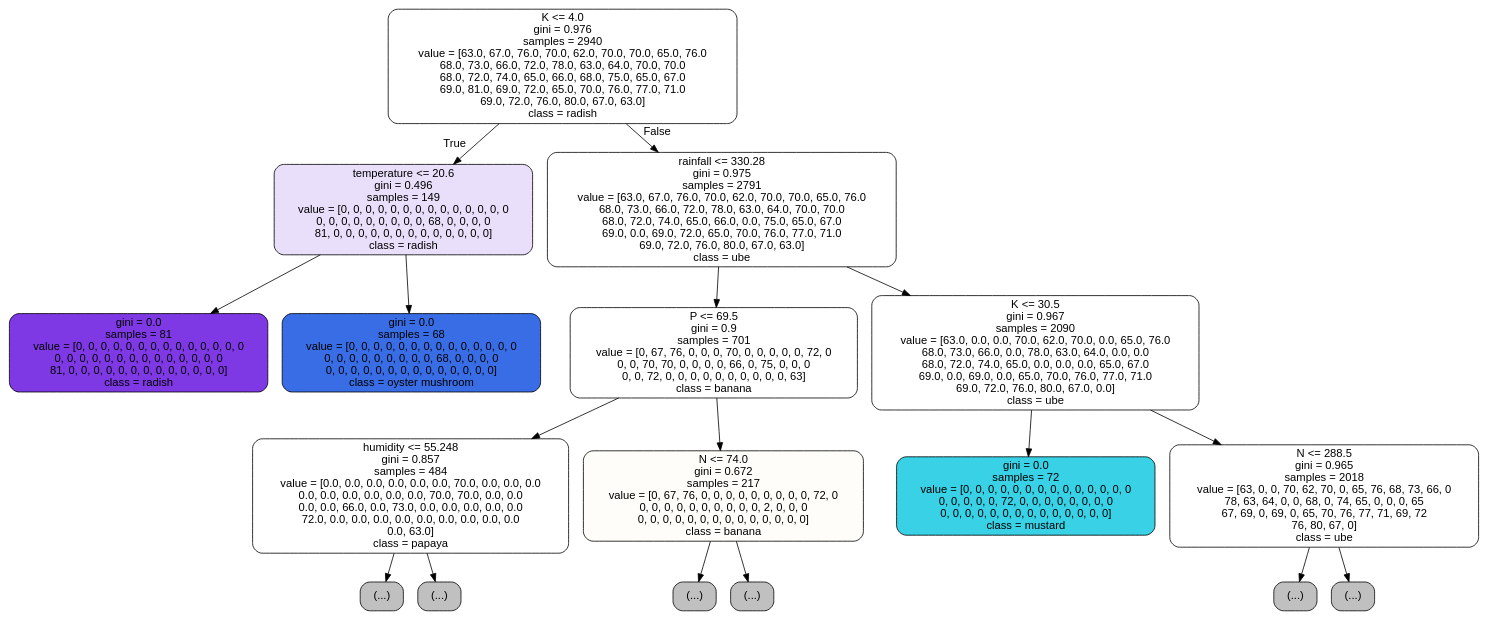
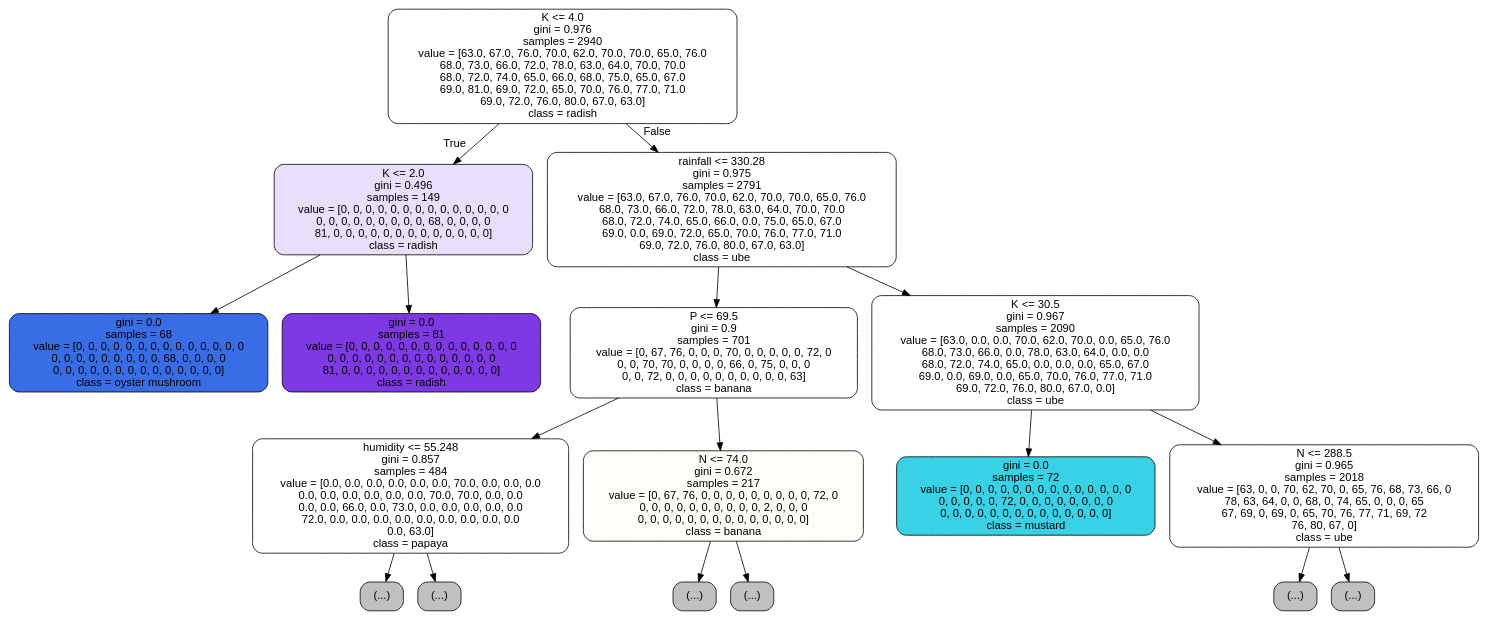
One commit to CyrusUmali/AiCROP changed the diagram in precomputation/decision_tree.dot. Above: the diagram before and after it, drawn with Graphviz. The commit also changed 3 other files, not shown here.

```diff
--- a/precomputation/decision_tree.dot
+++ b/precomputation/decision_tree.dot
@@ -1,37 +1,37 @@
 digraph Tree {
 node [shape=box, style="filled, rounded", color="black", fontname="helvetica"] ;
 edge [fontname="helvetica"] ;
 0 [label="K <= 4.0\ngini = 0.976\nsamples = 2940\nvalue = [63.0, 67.0, 76.0, 70.0, 62.0, 70.0, 70.0, 65.0, 76.0\n68.0, 73.0, 66.0, 72.0, 78.0, 63.0, 64.0, 70.0, 70.0\n68.0, 72.0, 74.0, 65.0, 66.0, 68.0, 75.0, 65.0, 67.0\n69.0, 81.0, 69.0, 72.0, 65.0, 70.0, 76.0, 77.0, 71.0\n69.0, 72.0, 76.0, 80.0, 67.0, 63.0]\nclass = radish", fillcolor="#ffffff"] ;
-1 [label="temperature <= 20.6\ngini = 0.496\nsamples = 149\nvalue = [0, 0, 0, 0, 0, 0, 0, 0, 0, 0, 0, 0, 0, 0\n0, 0, 0, 0, 0, 0, 0, 0, 0, 68, 0, 0, 0, 0\n81, 0, 0, 0, 0, 0, 0, 0, 0, 0, 0, 0, 0, 0]\nclass = radish", fillcolor="#eadffb"] ;
+1 [label="K <= 2.0\ngini = 0.496\nsamples = 149\nvalue = [0, 0, 0, 0, 0, 0, 0, 0, 0, 0, 0, 0, 0, 0\n0, 0, 0, 0, 0, 0, 0, 0, 0, 68, 0, 0, 0, 0\n81, 0, 0, 0, 0, 0, 0, 0, 0, 0, 0, 0, 0, 0]\nclass = radish", fillcolor="#eadffb"] ;
 0 -> 1 [labeldistance=2.5, labelangle=45, headlabel="True"] ;
-2 [label="gini = 0.0\nsamples = 81\nvalue = [0, 0, 0, 0, 0, 0, 0, 0, 0, 0, 0, 0, 0, 0\n0, 0, 0, 0, 0, 0, 0, 0, 0, 0, 0, 0, 0, 0\n81, 0, 0, 0, 0, 0, 0, 0, 0, 0, 0, 0, 0, 0]\nclass = radish", fillcolor="#7e39e5"] ;
+2 [label="gini = 0.0\nsamples = 68\nvalue = [0, 0, 0, 0, 0, 0, 0, 0, 0, 0, 0, 0, 0, 0\n0, 0, 0, 0, 0, 0, 0, 0, 0, 68, 0, 0, 0, 0\n0, 0, 0, 0, 0, 0, 0, 0, 0, 0, 0, 0, 0, 0]\nclass = oyster mushroom", fillcolor="#396de5"] ;
 1 -> 2 ;
-3 [label="gini = 0.0\nsamples = 68\nvalue = [0, 0, 0, 0, 0, 0, 0, 0, 0, 0, 0, 0, 0, 0\n0, 0, 0, 0, 0, 0, 0, 0, 0, 68, 0, 0, 0, 0\n0, 0, 0, 0, 0, 0, 0, 0, 0, 0, 0, 0, 0, 0]\nclass = oyster mushroom", fillcolor="#396de5"] ;
+3 [label="gini = 0.0\nsamples = 81\nvalue = [0, 0, 0, 0, 0, 0, 0, 0, 0, 0, 0, 0, 0, 0\n0, 0, 0, 0, 0, 0, 0, 0, 0, 0, 0, 0, 0, 0\n81, 0, 0, 0, 0, 0, 0, 0, 0, 0, 0, 0, 0, 0]\nclass = radish", fillcolor="#7e39e5"] ;
 1 -> 3 ;
 4 [label="rainfall <= 330.28\ngini = 0.975\nsamples = 2791\nvalue = [63.0, 67.0, 76.0, 70.0, 62.0, 70.0, 70.0, 65.0, 76.0\n68.0, 73.0, 66.0, 72.0, 78.0, 63.0, 64.0, 70.0, 70.0\n68.0, 72.0, 74.0, 65.0, 66.0, 0.0, 75.0, 65.0, 67.0\n69.0, 0.0, 69.0, 72.0, 65.0, 70.0, 76.0, 77.0, 71.0\n69.0, 72.0, 76.0, 80.0, 67.0, 63.0]\nclass = ube", fillcolor="#ffffff"] ;
 0 -> 4 [labeldistance=2.5, labelangle=-45, headlabel="False"] ;
 5 [label="P <= 69.5\ngini = 0.9\nsamples = 701\nvalue = [0, 67, 76, 0, 0, 0, 70, 0, 0, 0, 0, 0, 72, 0\n0, 0, 70, 70, 0, 0, 0, 0, 66, 0, 75, 0, 0, 0\n0, 0, 72, 0, 0, 0, 0, 0, 0, 0, 0, 0, 0, 63]\nclass = banana", fillcolor="#ffffff"] ;
 4 -> 5 ;
 6 [label="humidity <= 55.248\ngini = 0.857\nsamples = 484\nvalue = [0.0, 0.0, 0.0, 0.0, 0.0, 0.0, 70.0, 0.0, 0.0, 0.0\n0.0, 0.0, 0.0, 0.0, 0.0, 0.0, 70.0, 70.0, 0.0, 0.0\n0.0, 0.0, 66.0, 0.0, 73.0, 0.0, 0.0, 0.0, 0.0, 0.0\n72.0, 0.0, 0.0, 0.0, 0.0, 0.0, 0.0, 0.0, 0.0, 0.0\n0.0, 63.0]\nclass = papaya", fillcolor="#ffffff"] ;
 5 -> 6 ;
 7 [label="(...)", fillcolor="#C0C0C0"] ;
 6 -> 7 ;
 8 [label="(...)", fillcolor="#C0C0C0"] ;
 6 -> 8 ;
-11 [label="N <= 74.0\ngini = 0.672\nsamples = 217\nvalue = [0, 67, 76, 0, 0, 0, 0, 0, 0, 0, 0, 0, 72, 0\n0, 0, 0, 0, 0, 0, 0, 0, 0, 0, 2, 0, 0, 0\n0, 0, 0, 0, 0, 0, 0, 0, 0, 0, 0, 0, 0, 0]\nclass = banana", fillcolor="#fefdfa"] ;
-5 -> 11 ;
-12 [label="(...)", fillcolor="#C0C0C0"] ;
-11 -> 12 ;
-15 [label="(...)", fillcolor="#C0C0C0"] ;
-11 -> 15 ;
-16 [label="K <= 30.5\ngini = 0.967\nsamples = 2090\nvalue = [63.0, 0.0, 0.0, 70.0, 62.0, 70.0, 0.0, 65.0, 76.0\n68.0, 73.0, 66.0, 0.0, 78.0, 63.0, 64.0, 0.0, 0.0\n68.0, 72.0, 74.0, 65.0, 0.0, 0.0, 0.0, 65.0, 67.0\n69.0, 0.0, 69.0, 0.0, 65.0, 70.0, 76.0, 77.0, 71.0\n69.0, 72.0, 76.0, 80.0, 67.0, 0.0]\nclass = ube", fillcolor="#ffffff"] ;
-4 -> 16 ;
-17 [label="gini = 0.0\nsamples = 72\nvalue = [0, 0, 0, 0, 0, 0, 0, 0, 0, 0, 0, 0, 0, 0\n0, 0, 0, 0, 0, 72, 0, 0, 0, 0, 0, 0, 0, 0\n0, 0, 0, 0, 0, 0, 0, 0, 0, 0, 0, 0, 0, 0]\nclass = mustard", fillcolor="#39d1e5"] ;
-16 -> 17 ;
-18 [label="N <= 288.5\ngini = 0.965\nsamples = 2018\nvalue = [63, 0, 0, 70, 62, 70, 0, 65, 76, 68, 73, 66, 0\n78, 63, 64, 0, 0, 68, 0, 74, 65, 0, 0, 0, 65\n67, 69, 0, 69, 0, 65, 70, 76, 77, 71, 69, 72\n76, 80, 67, 0]\nclass = ube", fillcolor="#ffffff"] ;
-16 -> 18 ;
-19 [label="(...)", fillcolor="#C0C0C0"] ;
-18 -> 19 ;
-22 [label="(...)", fillcolor="#C0C0C0"] ;
-18 -> 22 ;
+19 [label="N <= 74.0\ngini = 0.672\nsamples = 217\nvalue = [0, 67, 76, 0, 0, 0, 0, 0, 0, 0, 0, 0, 72, 0\n0, 0, 0, 0, 0, 0, 0, 0, 0, 0, 2, 0, 0, 0\n0, 0, 0, 0, 0, 0, 0, 0, 0, 0, 0, 0, 0, 0]\nclass = banana", fillcolor="#fefdfa"] ;
+5 -> 19 ;
+20 [label="(...)", fillcolor="#C0C0C0"] ;
+19 -> 20 ;
+25 [label="(...)", fillcolor="#C0C0C0"] ;
+19 -> 25 ;
+26 [label="K <= 30.5\ngini = 0.967\nsamples = 2090\nvalue = [63.0, 0.0, 0.0, 70.0, 62.0, 70.0, 0.0, 65.0, 76.0\n68.0, 73.0, 66.0, 0.0, 78.0, 63.0, 64.0, 0.0, 0.0\n68.0, 72.0, 74.0, 65.0, 0.0, 0.0, 0.0, 65.0, 67.0\n69.0, 0.0, 69.0, 0.0, 65.0, 70.0, 76.0, 77.0, 71.0\n69.0, 72.0, 76.0, 80.0, 67.0, 0.0]\nclass = ube", fillcolor="#ffffff"] ;
+4 -> 26 ;
+27 [label="gini = 0.0\nsamples = 72\nvalue = [0, 0, 0, 0, 0, 0, 0, 0, 0, 0, 0, 0, 0, 0\n0, 0, 0, 0, 0, 72, 0, 0, 0, 0, 0, 0, 0, 0\n0, 0, 0, 0, 0, 0, 0, 0, 0, 0, 0, 0, 0, 0]\nclass = mustard", fillcolor="#39d1e5"] ;
+26 -> 27 ;
+28 [label="N <= 288.5\ngini = 0.965\nsamples = 2018\nvalue = [63, 0, 0, 70, 62, 70, 0, 65, 76, 68, 73, 66, 0\n78, 63, 64, 0, 0, 68, 0, 74, 65, 0, 0, 0, 65\n67, 69, 0, 69, 0, 65, 70, 76, 77, 71, 69, 72\n76, 80, 67, 0]\nclass = ube", fillcolor="#ffffff"] ;
+26 -> 28 ;
+29 [label="(...)", fillcolor="#C0C0C0"] ;
+28 -> 29 ;
+180 [label="(...)", fillcolor="#C0C0C0"] ;
+28 -> 180 ;
 }
```
